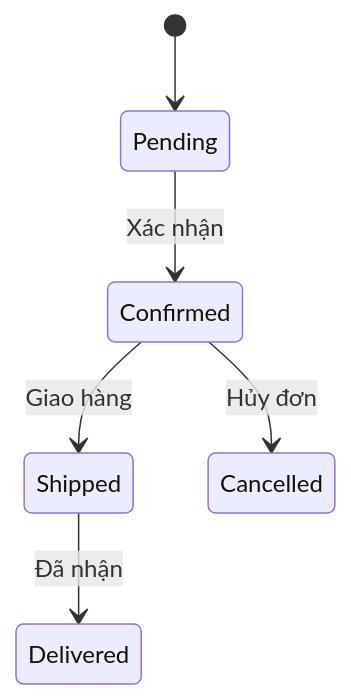
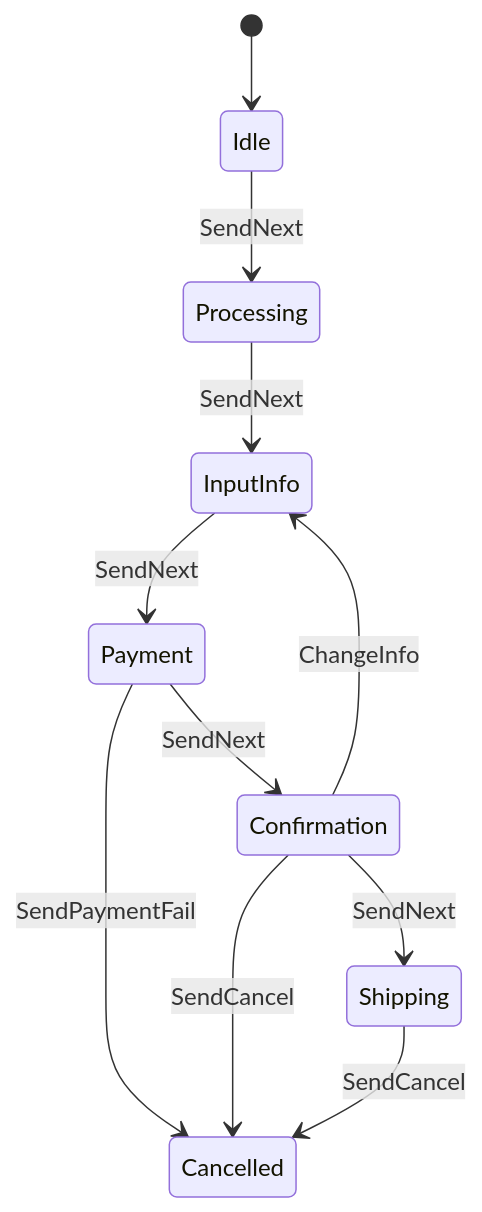
The diagram in README.md (anhnnvn/KStateMachine), drawn with Mermaid before and after one commit. The commit also changed other lines of this file, not shown here.

````diff
--- a/README.md
+++ b/README.md
@@ -45,8 +52,19 @@
 ```mermaid
 stateDiagram-v2
-    [*] --> Pending
-    Pending --> Confirmed: Xác nhận
-    Confirmed --> Shipped: Giao hàng
-    Shipped --> Delivered: Đã nhận
-    Confirmed --> Cancelled: Hủy đơn
+    [*] --> Idle
+    Idle --> Processing: SendNext
+
+    Processing --> InputInfo: SendNext
+    
+    InputInfo --> Payment: SendNext
+
+    Payment --> Confirmation: SendNext
+    Payment --> Cancelled: SendPaymentFail
+
+    Confirmation --> Shipping: SendNext
+    Confirmation --> InputInfo: ChangeInfo
+    Confirmation --> Cancelled: SendCancel
+
+    Shipping --> Cancelled: SendCancel
+
 ```
````
